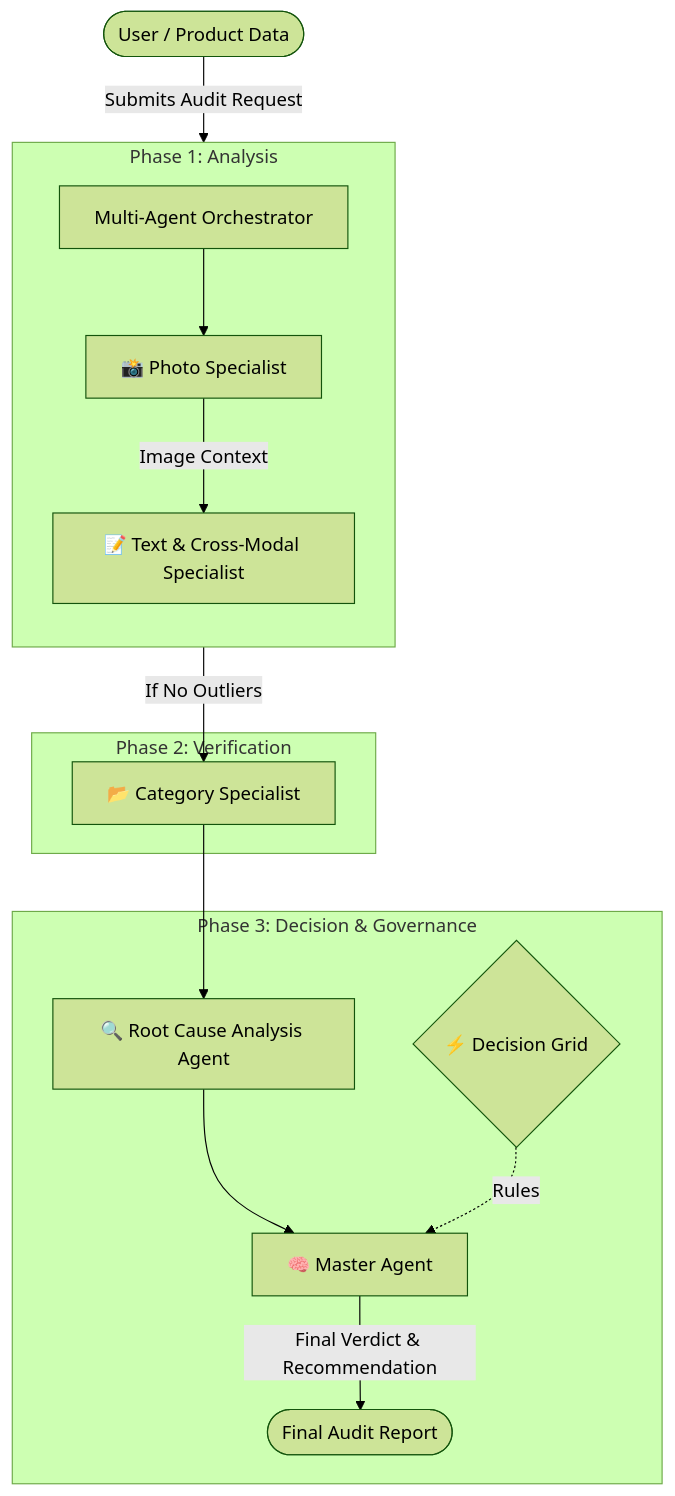
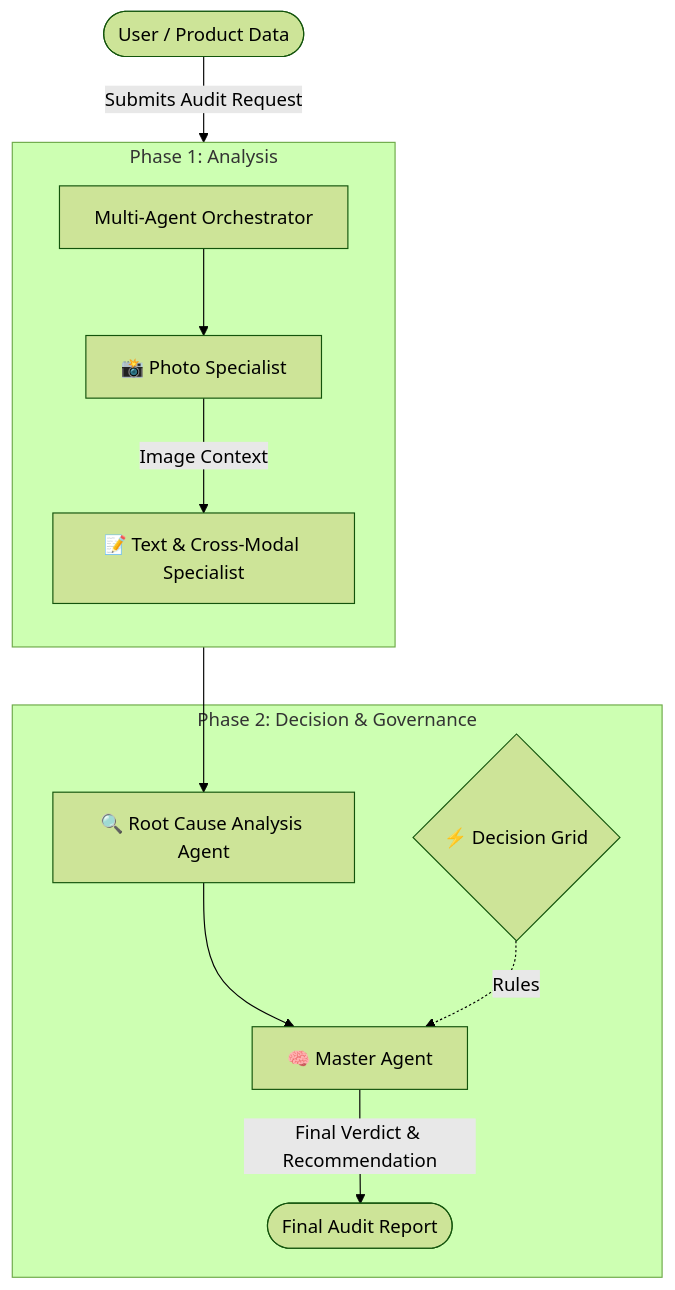
The diagram in gemini/Agent_Flow_High_Level.md (ayushsoam013/Multi-Agent-Auditor-1.4), drawn with Mermaid (forest theme) before and after one commit. The commit also changed other lines of this file and 8 other files, not shown here.

Commit message:
refactor(audit): remove CategoryAgent and enhance MasterAgent recommendations

````diff
--- a/gemini/Agent_Flow_High_Level.md
+++ b/gemini/Agent_Flow_High_Level.md
@@ -15,22 +15,18 @@
 ```mermaid
 graph TD
     User([User / Product Data]) -->|Submits Audit Request| Orchestrator[Multi-Agent Orchestrator]
 
     subgraph "Phase 1: Analysis"
         direction TB
         Orchestrator --> PhotoAgent[📸 Photo Specialist]
         PhotoAgent -->|Image Context| TextualAgent[📝 Text & Cross-Modal Specialist]
     end
 
-    subgraph "Phase 2: Verification"
-        TextualAgent -->|If No Outliers| CategoryAgent[📂 Category Specialist]
-    end
-
-    subgraph "Phase 3: Decision & Governance"
-        CategoryAgent --> RCA[🔍 Root Cause Analysis Agent]
+    subgraph "Phase 2: Decision & Governance"
+        TextualAgent --> RCA[🔍 Root Cause Analysis Agent]
         RCA --> MasterAgent[🧠 Master Agent]
         
         DecisionGrid{⚡ Decision Grid} -.->|Rules| MasterAgent
         MasterAgent -->|Final Verdict & Recommendation| Output([Final Audit Report])
     end
 ```
````
